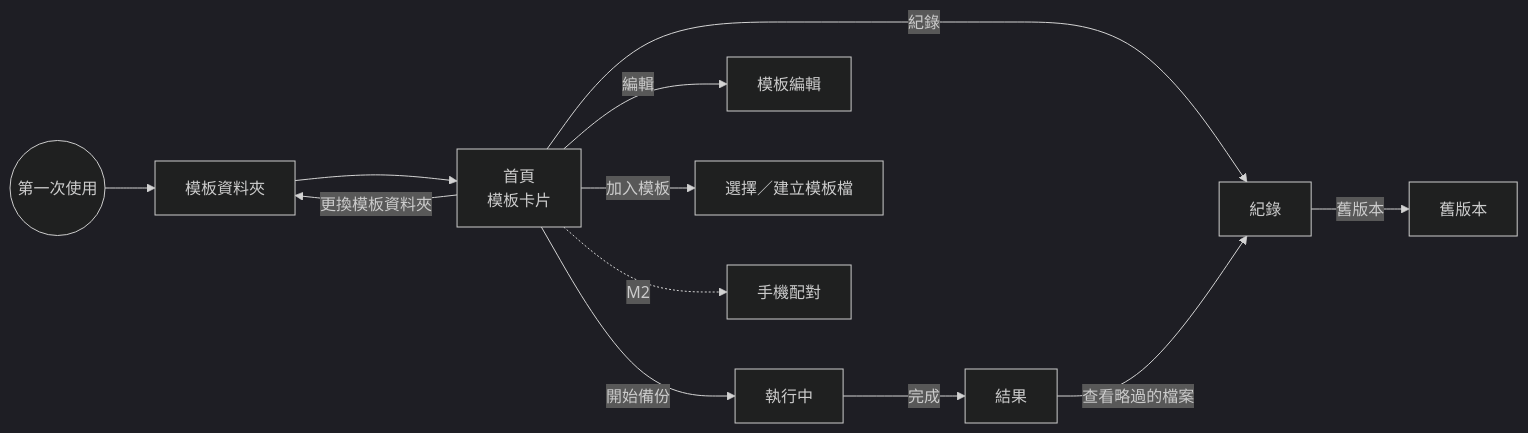
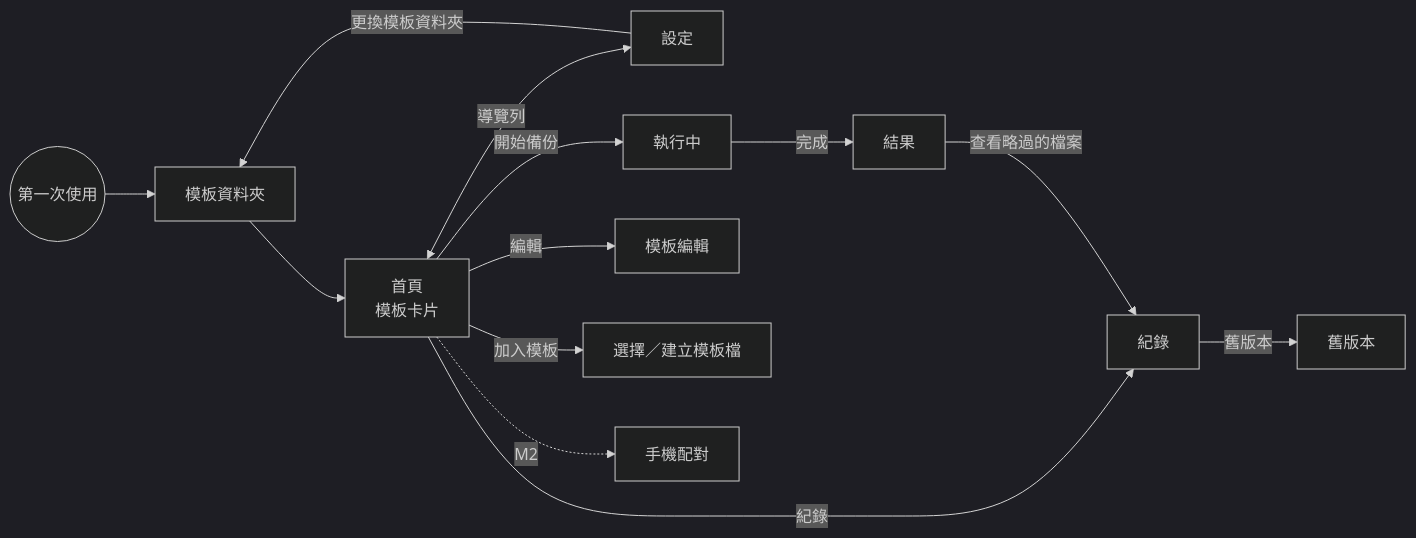
Before and after one commit to SpringRain555/nucifraga: the diagram in docs/architecture/ui-workflows.md, drawn with Mermaid (dark theme). The commit also changed other lines of this file and 15 other files, not shown here.

````diff
--- a/docs/architecture/ui-workflows.md
+++ b/docs/architecture/ui-workflows.md
@@ -17,15 +17,16 @@
 ```mermaid
 %% name: screens
 flowchart LR
   START(("第一次使用")) --> FOLDER["模板資料夾"]
   FOLDER --> HOME
-  HOME -->|"更換模板資料夾"| FOLDER
+  HOME <-->|"導覽列"| SET["設定"]
+  SET -->|"更換模板資料夾"| FOLDER
   HOME["首頁<br/>模板卡片"] -->|"開始備份"| RUN["執行中"]
   HOME -->|"編輯"| EDIT["模板編輯"]
   HOME -->|"加入模板"| ADD["選擇／建立模板檔"]
   HOME -->|"紀錄"| LOG["紀錄"]
   RUN -->|"完成"| RESULT["結果"]
   RESULT -->|"查看略過的檔案"| LOG
   LOG -->|"舊版本"| VER["舊版本"]
   HOME -.->|"M2"| PHONE["手機配對"]
 ```
````
